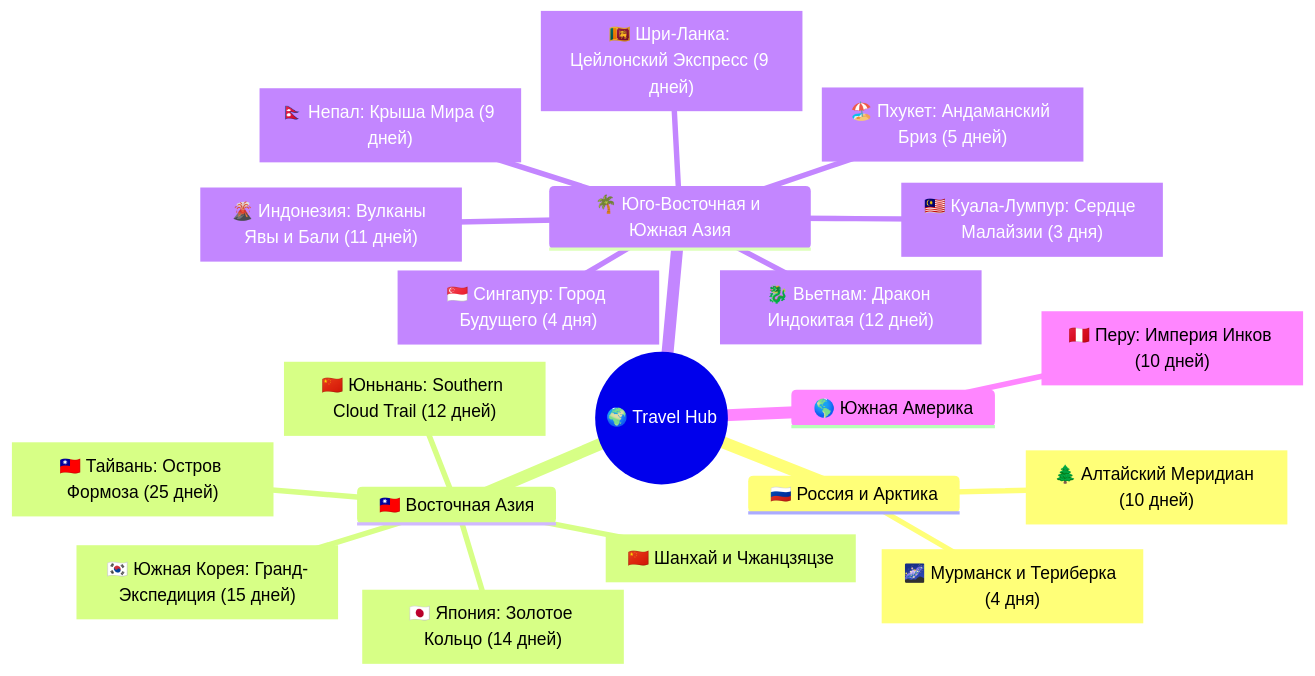
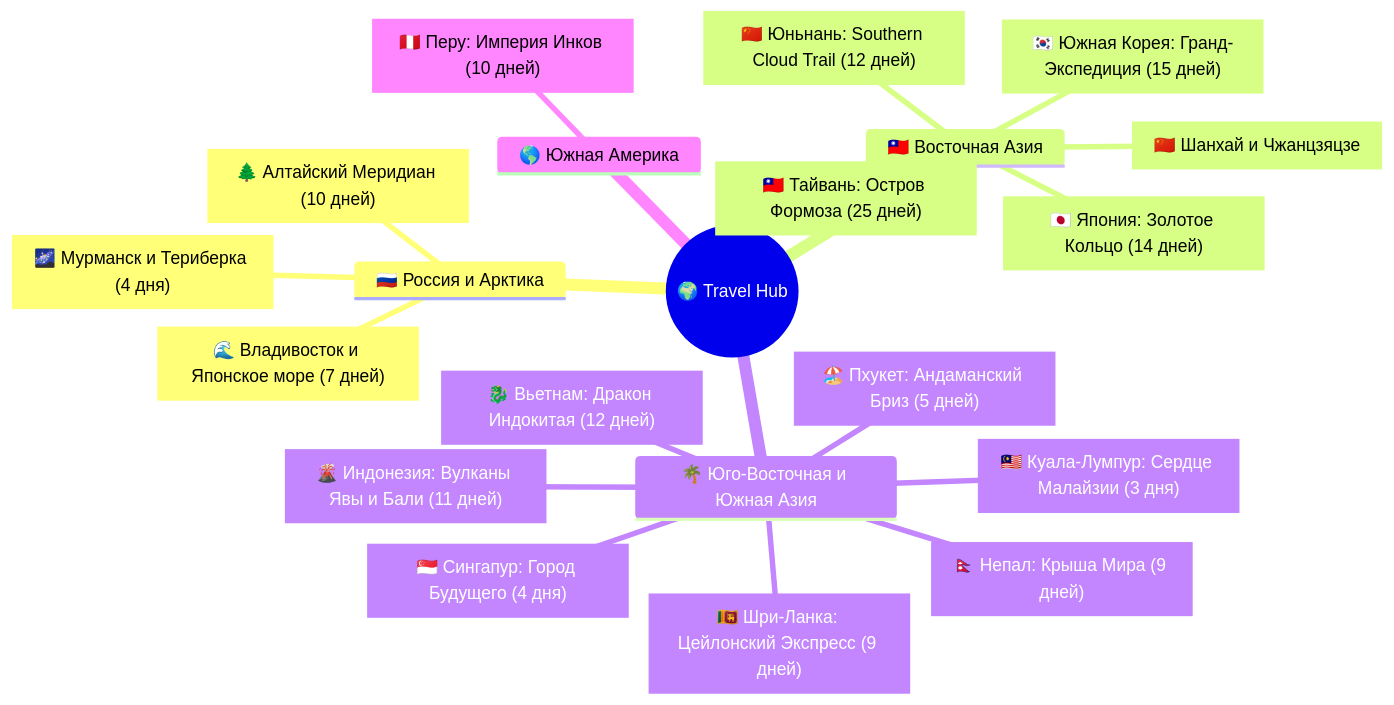
The diagram in Personal Note/Travel/Travel.md (injurka/obsidian-mark), drawn with Mermaid before and after one commit. The commit also changed other lines of this file and 75 other files, not shown here.

````diff
--- a/Personal Note/Travel/Travel.md
+++ b/Personal Note/Travel/Travel.md
@@ -5,23 +5,24 @@
 ```mermaid
 mindmap
   root((🌍 Travel Hub))
     🇷🇺 Россия и Арктика
       ["🌲 Алтайский Меридиан (10 дней)"]
       ["🌌 Мурманск и Териберка (4 дня)"]
+      ["🌊 Владивосток и Японское море (7 дней)"]
     🇹🇼 Восточная Азия
       ["🇯🇵 Япония: Золотое Кольцо (14 дней)"]
       ["🇹🇼 Тайвань: Остров Формоза (25 дней)"]
       ["🇰🇷 Южная Корея: Гранд-Экспедиция (15 дней)"]
       ["🇨🇳 Юньнань: Southern Cloud Trail (12 дней)"]
       ["🇨🇳 Шанхай и Чжанцзяцзе"]
     🌴 Юго-Восточная и Южная Азия
       ["🇳🇵 Непал: Крыша Мира (9 дней)"]
       ["🇱🇰 Шри-Ланка: Цейлонский Экспресс (9 дней)"]
       ["🌋 Индонезия: Вулканы Явы и Бали (11 дней)"]
       ["🐉 Вьетнам: Дракон Индокитая (12 дней)"]
       ["🏖️ Пхукет: Андаманский Бриз (5 дней)"]
       ["🇸🇬 Сингапур: Город Будущего (4 дня)"]
       ["🇲🇾 Куала-Лумпур: Сердце Малайзии (3 дня)"]
     🌎 Южная Америка
       ["🇵🇪 Перу: Империя Инков (10 дней)"]
 ```
````
